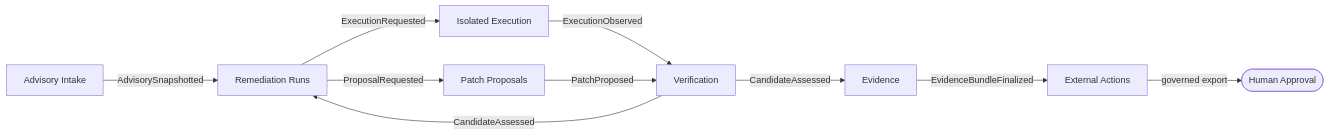
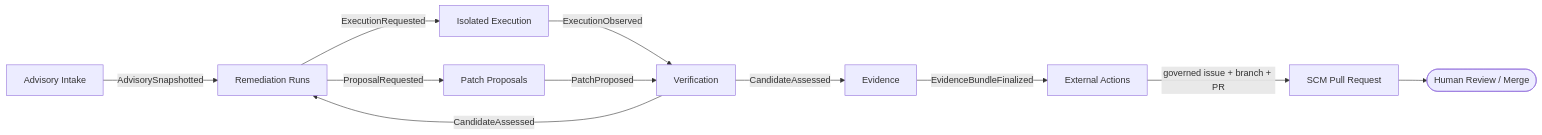
One commit to nicholas-ruest/cauterizer changed the diagram in README.md. Above: the diagram before and after it, drawn with Mermaid. The commit also changed other lines of this file and 63 other files, not shown here.

````diff
--- a/README.md
+++ b/README.md
@@ -16,12 +16,13 @@
 ```mermaid
 flowchart LR
     ADV[Advisory Intake] -- AdvisorySnapshotted --> RUN[Remediation Runs]
     RUN -- ExecutionRequested --> EXE[Isolated Execution]
     RUN -- ProposalRequested --> PATCH[Patch Proposals]
     EXE -- ExecutionObserved --> VER[Verification]
     PATCH -- PatchProposed --> VER
     VER -- CandidateAssessed --> EVI[Evidence]
     VER -- CandidateAssessed --> RUN
     EVI -- EvidenceBundleFinalized --> ACT[External Actions]
-    ACT -- governed export --> HUMAN([Human Approval])
+    ACT -- governed issue + branch + PR --> SCM[SCM Pull Request]
+    SCM --> HUMAN([Human Review / Merge])
 ```
````
